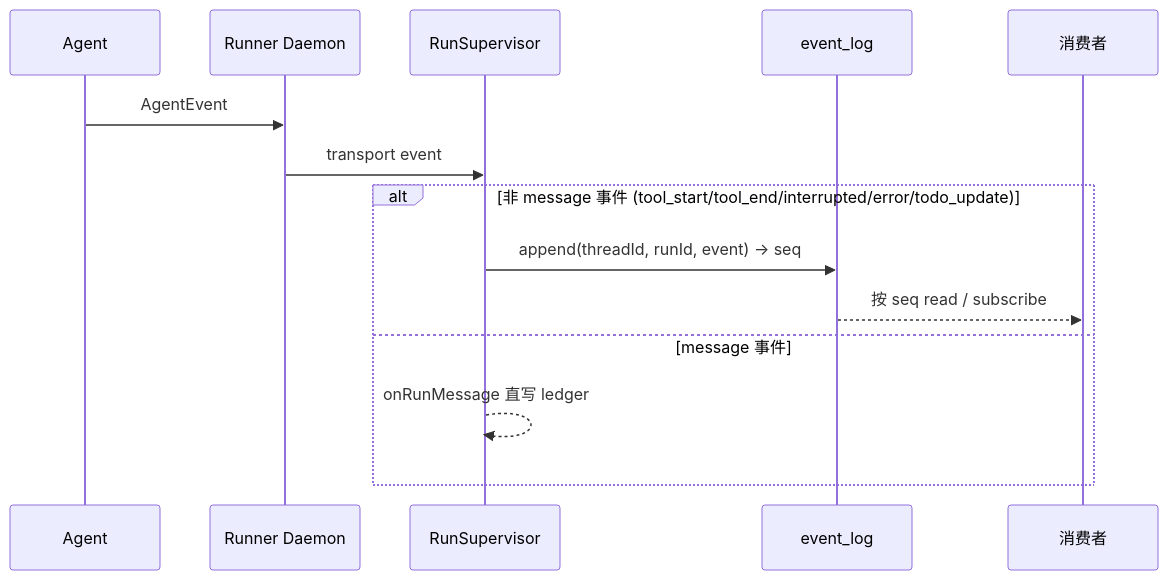
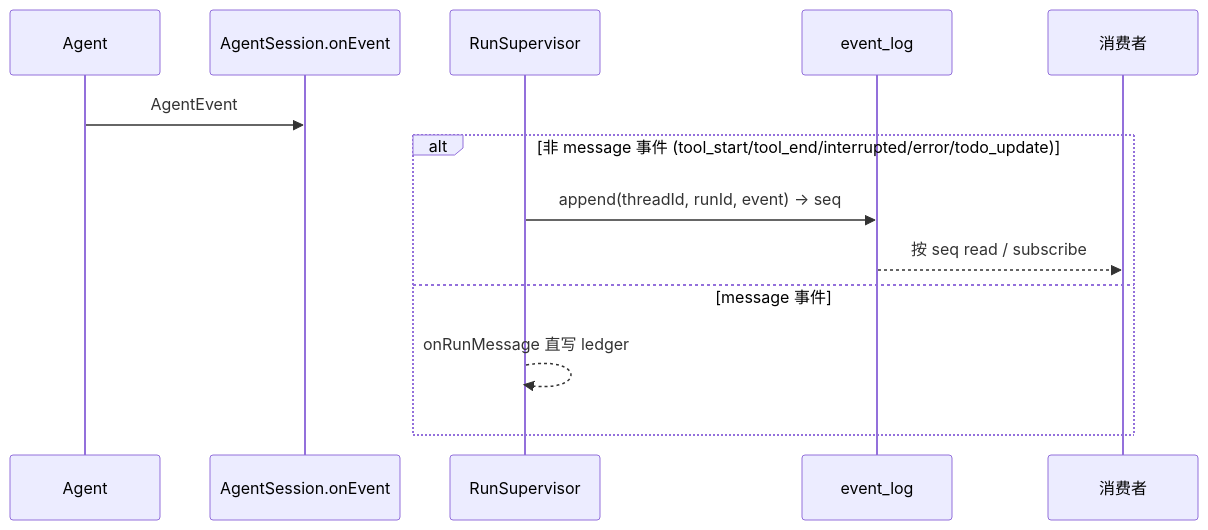
The diagram in docs/architecture/backend/event-log.md (Chengchcc/my-agent-team), drawn with Mermaid before and after one commit. The commit also changed other lines of this file and 5 other files, not shown here.

Commit message:
docs(docs): Phase 4 — remove runner/daemon/transport references from all docs

````diff
--- a/docs/architecture/backend/event-log.md
+++ b/docs/architecture/backend/event-log.md
@@ -22,17 +22,16 @@
 ```mermaid
 sequenceDiagram
   participant A as Agent
-  participant D as Runner Daemon
+  participant D as AgentSession.onEvent
   participant S as RunSupervisor
   participant E as event_log
   participant C as 消费者
 
   A->>D: AgentEvent
-  D->>S: transport event
   alt 非 message 事件 (tool_start/tool_end/interrupted/error/todo_update)
     S->>E: append(threadId, runId, event) → seq
     E-->>C: 按 seq read / subscribe
   else message 事件
     S-->>S: onRunMessage 直写 ledger
   end
 ```
````
